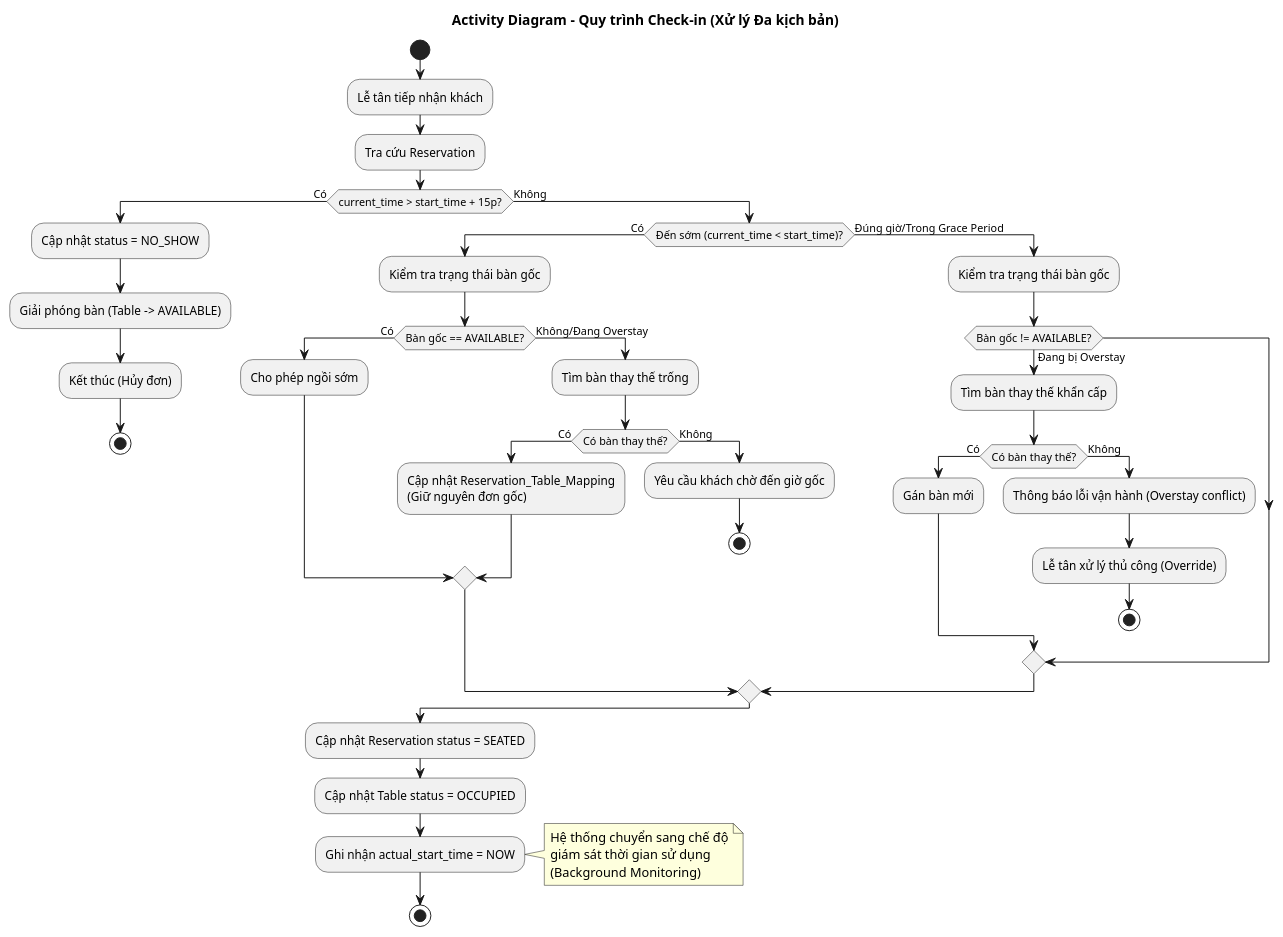
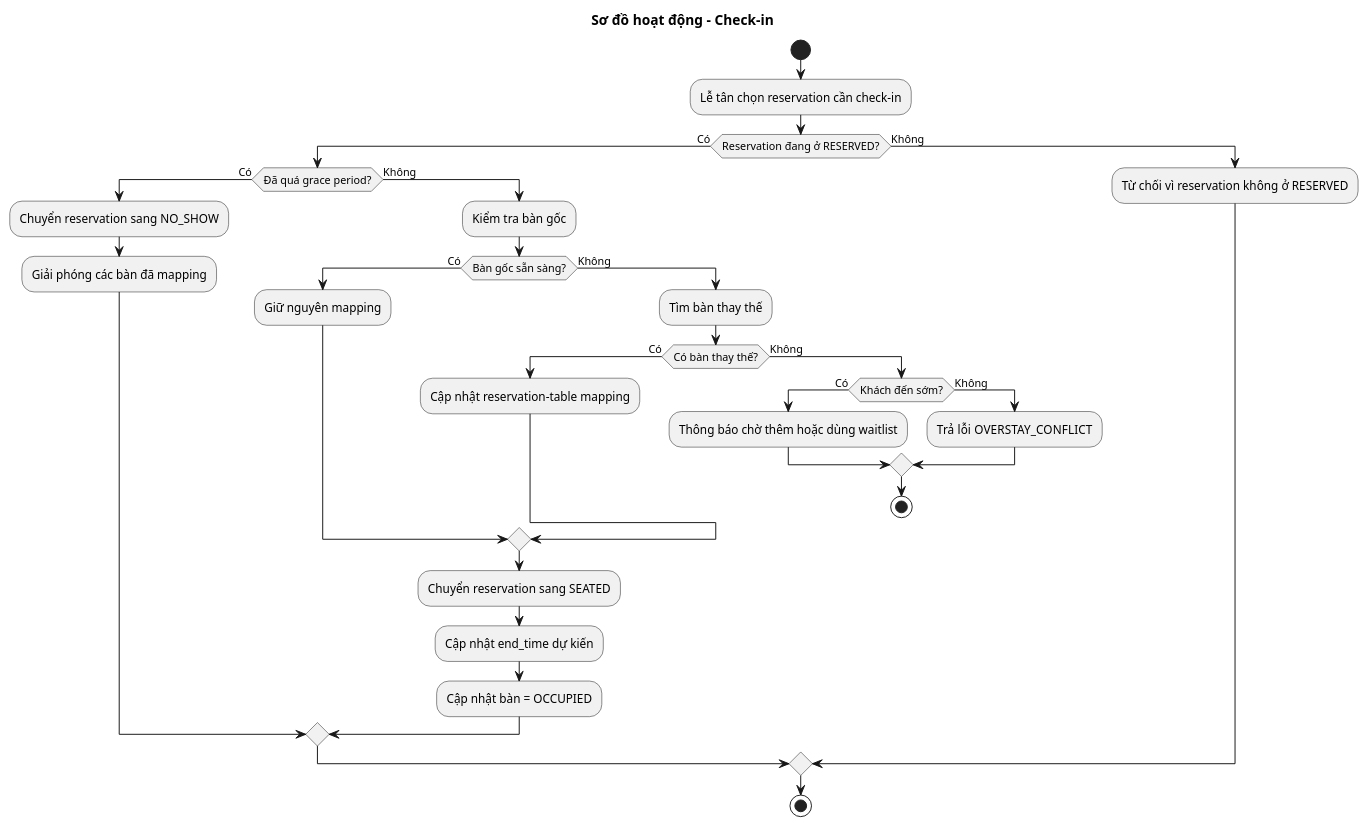
Before and after one commit to QuangLam0208/restaurant-reservation-system: the diagram in docs/uml/activity-check-in.puml, drawn with PlantUML. The commit also changed 18 other files, not shown here.

Commit message:
update uml

```diff
--- a/docs/uml/activity-check-in.puml
+++ b/docs/uml/activity-check-in.puml
@@ -1,53 +1,39 @@
 @startuml
-title Activity Diagram - Quy trình Check-in (Xử lý Đa kịch bản)
+title Sơ đồ hoạt động - Check-in
+skinparam conditionStyle inside
 
 start
-:Lễ tân tiếp nhận khách;
-:Tra cứu Reservation;
+:Lễ tân chọn reservation cần check-in;
 
-if (current_time > start_time + 15p?) then (Có)
-  :Cập nhật status = NO_SHOW;
-  :Giải phóng bàn (Table -> AVAILABLE);
-  :Kết thúc (Hủy đơn);
-  stop
-else (Không)
-  if (Đến sớm (current_time < start_time)?) then (Có)
-    :Kiểm tra trạng thái bàn gốc;
-    if (Bàn gốc == AVAILABLE?) then (Có)
-      :Cho phép ngồi sớm;
-    else (Không/Đang Overstay)
-      :Tìm bàn thay thế trống;
+if (Reservation đang ở RESERVED?) then (Có)
+  if (Đã quá grace period?) then (Có)
+    :Chuyển reservation sang NO_SHOW;
+    :Giải phóng các bàn đã mapping;
+  else (Không)
+    :Kiểm tra bàn gốc;
+    if (Bàn gốc sẵn sàng?) then (Có)
+      :Giữ nguyên mapping;
+    else (Không)
+      :Tìm bàn thay thế;
       if (Có bàn thay thế?) then (Có)
-        :Cập nhật Reservation_Table_Mapping\n(Giữ nguyên đơn gốc);
+        :Cập nhật reservation-table mapping;
       else (Không)
-        :Yêu cầu khách chờ đến giờ gốc;
+        if (Khách đến sớm?) then (Có)
+          :Thông báo chờ thêm hoặc dùng waitlist;
+        else (Không)
+          :Trả lỗi OVERSTAY_CONFLICT;
+        endif
         stop
       endif
     endif
-  else (Đúng giờ/Trong Grace Period)
-    :Kiểm tra trạng thái bàn gốc;
-    if (Bàn gốc != AVAILABLE?) then (Đang bị Overstay)
-      :Tìm bàn thay thế khẩn cấp;
-      if (Có bàn thay thế?) then (Có)
-        :Gán bàn mới;
-      else (Không)
-        :Thông báo lỗi vận hành (Overstay conflict);
-        :Lễ tân xử lý thủ công (Override);
-        stop
-      endif
-    endif
+
+    :Chuyển reservation sang SEATED;
+    :Cập nhật end_time dự kiến;
+    :Cập nhật bàn = OCCUPIED;
   endif
+else (Không)
+  :Từ chối vì reservation không ở RESERVED;
 endif
-
-:Cập nhật Reservation status = SEATED;
-:Cập nhật Table status = OCCUPIED;
-:Ghi nhận actual_start_time = NOW;
-
-note right
-  Hệ thống chuyển sang chế độ
-  giám sát thời gian sử dụng
-  (Background Monitoring)
-end note
 
 stop
 @enduml
```
